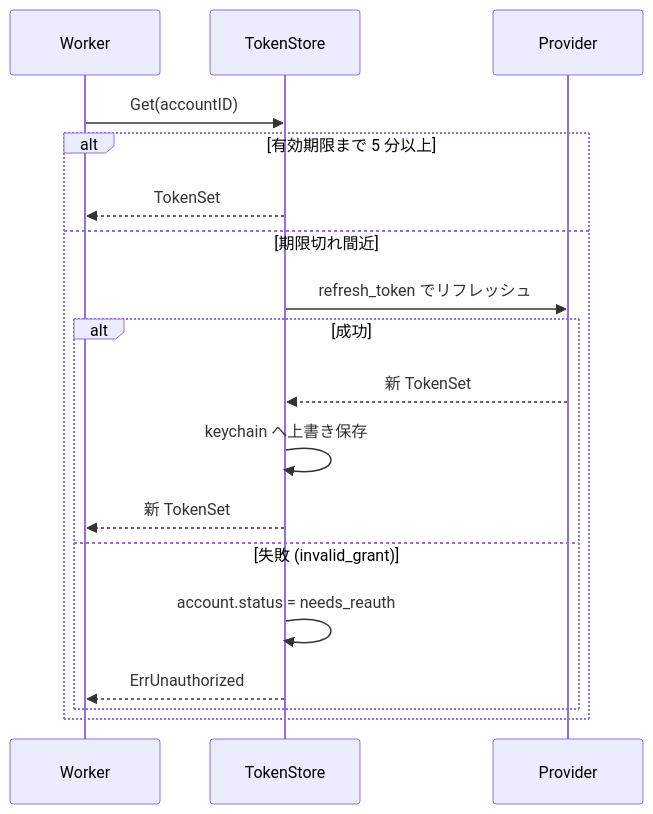
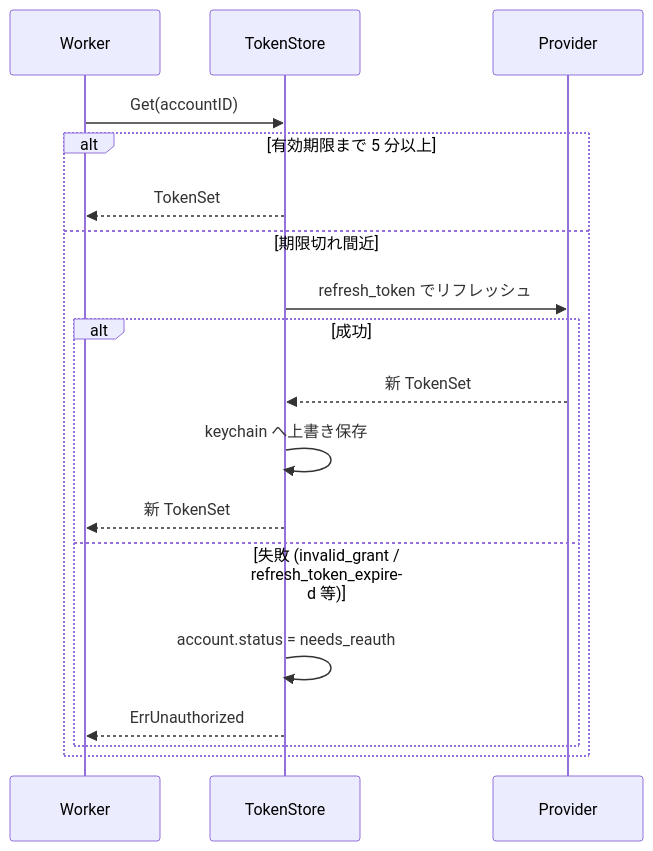
One commit to reki2000/llm-limits changed the second of 5 diagrams in docs/design.md. Above: the diagram before and after it, drawn with Mermaid. The commit also changed other lines of this file and 1 other file, not shown here.

````diff
--- a/docs/design.md
+++ b/docs/design.md
@@ -346,21 +480,21 @@
 ```mermaid
 sequenceDiagram
   participant W as Worker
   participant S as TokenStore
   participant P as Provider
 
   W->>S: Get(accountID)
   alt 有効期限まで 5 分以上
     S-->>W: TokenSet
   else 期限切れ間近
     S->>P: refresh_token でリフレッシュ
     alt 成功
       P-->>S: 新 TokenSet
       S->>S: keychain へ上書き保存
       S-->>W: 新 TokenSet
-    else 失敗 (invalid_grant)
+    else 失敗 (invalid_grant / refresh_token_expired 等)
       S->>S: account.status = needs_reauth
       S-->>W: ErrUnauthorized
     end
   end
 ```
````
